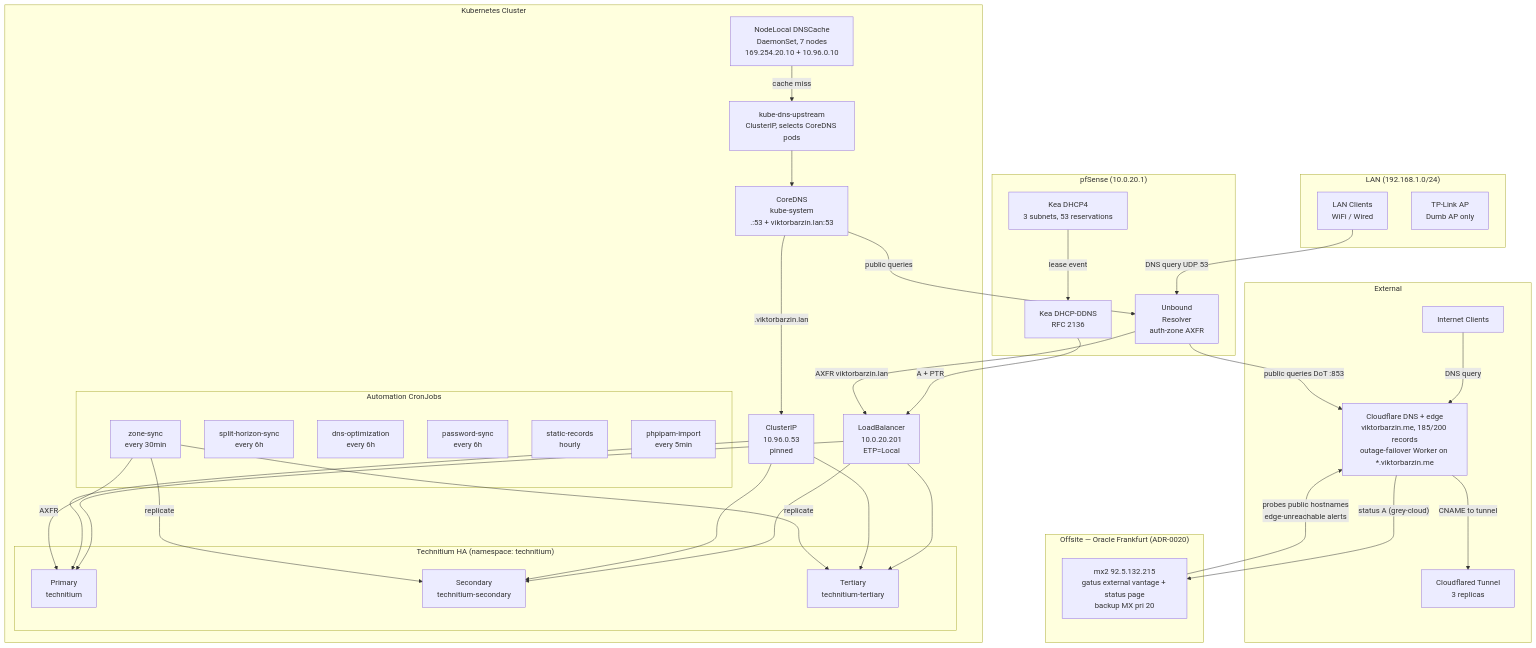
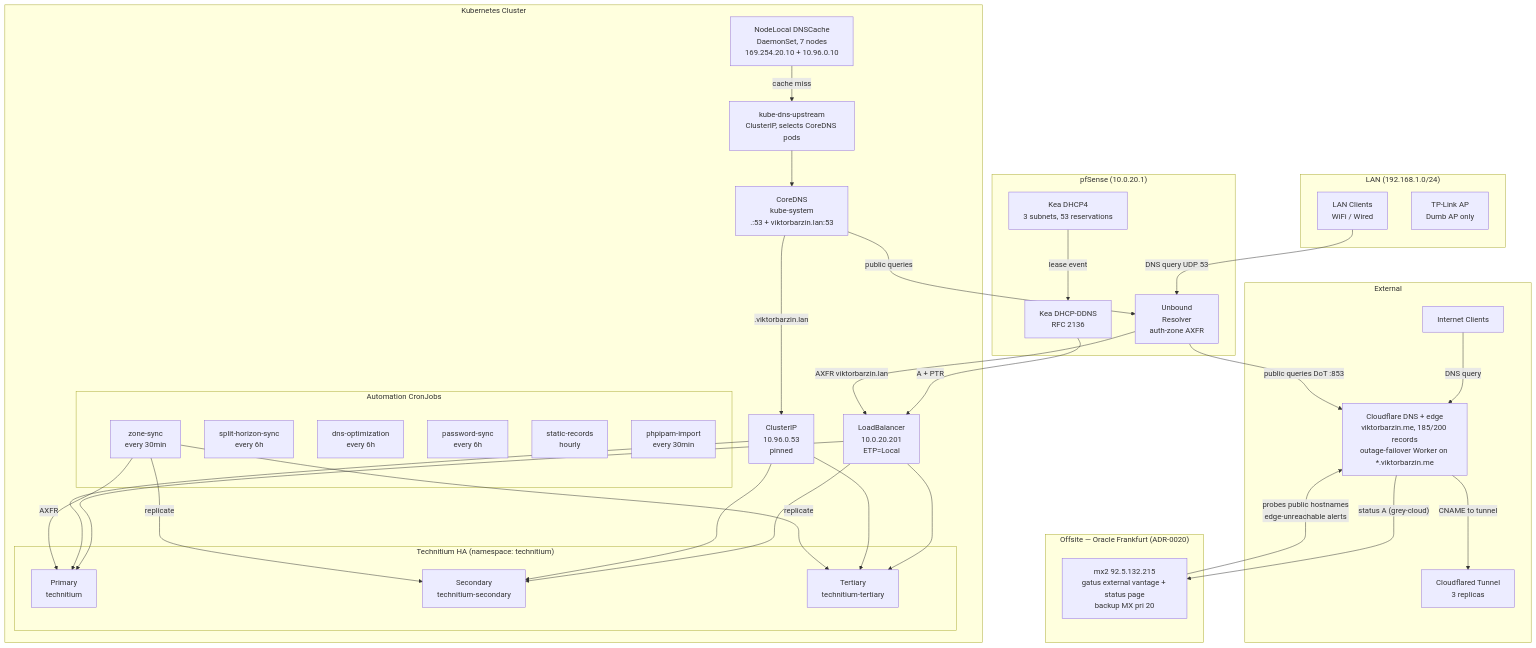
One commit to ViktorBarzin/infra changed the first of 2 diagrams in docs/architecture/dns.md. Above: the diagram before and after it, drawn with Mermaid. The commit also changed other lines of this file and 13 other files, not shown here.

First line of the commit message:
cronjobs: run the frequent ones on job-runtime, phpipam-import every 30 min

````diff
--- a/docs/architecture/dns.md
+++ b/docs/architecture/dns.md
@@ -13,74 +13,74 @@
 ```mermaid
 graph TB
     subgraph "External"
         Internet[Internet Clients]
         CF[Cloudflare DNS + edge<br/>viktorbarzin.me, 185/200 records<br/>outage-failover Worker on *.viktorbarzin.me]
         CFTunnel[Cloudflared Tunnel<br/>3 replicas]
     end
 
     subgraph "Offsite — Oracle Frankfurt (ADR-0020)"
         MX2[mx2 92.5.132.215<br/>gatus external vantage + status page<br/>backup MX pri 20]
     end
 
     subgraph "LAN (192.168.1.0/24)"
         LAN[LAN Clients<br/>WiFi / Wired]
         TPLINK[TP-Link AP<br/>Dumb AP only]
     end
 
     subgraph "pfSense (10.0.20.1)"
         pf_unbound[Unbound<br/>Resolver<br/>auth-zone AXFR]
         pf_kea[Kea DHCP4<br/>3 subnets, 53 reservations]
         pf_ddns[Kea DHCP-DDNS<br/>RFC 2136]
     end
 
     subgraph "Kubernetes Cluster"
         NodeLocalDNS[NodeLocal DNSCache<br/>DaemonSet, 7 nodes<br/>169.254.20.10 + 10.96.0.10]
         CoreDNS[CoreDNS<br/>kube-system<br/>.:53 + viktorbarzin.lan:53]
         KubeDNSUpstream[kube-dns-upstream<br/>ClusterIP, selects CoreDNS pods]
 
         subgraph "Technitium HA (namespace: technitium)"
             Primary[Primary<br/>technitium]
             Secondary[Secondary<br/>technitium-secondary]
             Tertiary[Tertiary<br/>technitium-tertiary]
         end
 
         LB_DNS[LoadBalancer<br/>10.0.20.201<br/>ETP=Local]
         ClusterIP[ClusterIP<br/>10.96.0.53<br/>pinned]
 
         subgraph "Automation CronJobs"
             ZoneSync[zone-sync<br/>every 30min]
             SplitHorizon[split-horizon-sync<br/>every 6h]
             DNSOpt[dns-optimization<br/>every 6h]
             PassSync[password-sync<br/>every 6h]
             StaticRec[static-records<br/>hourly]
-            Import[phpipam-import<br/>every 5min]
+            Import[phpipam-import<br/>every 30min]
         end
     end
 
     Internet -->|DNS query| CF
     CF -->|CNAME to tunnel| CFTunnel
     CF -->|"status A (grey-cloud)"| MX2
     MX2 -->|probes public hostnames<br/>edge-unreachable alerts| CF
     LAN -->|DNS query UDP 53| pf_unbound
     pf_kea -->|lease event| pf_ddns
     pf_ddns -->|A + PTR| LB_DNS
 
     pf_unbound -->|AXFR viktorbarzin.lan| LB_DNS
     pf_unbound -->|public queries DoT :853| CF
 
     NodeLocalDNS -->|cache miss| KubeDNSUpstream
     KubeDNSUpstream --> CoreDNS
     CoreDNS -->|.viktorbarzin.lan| ClusterIP
     CoreDNS -->|public queries| pf_unbound
 
     LB_DNS --> Primary
     LB_DNS --> Secondary
     LB_DNS --> Tertiary
     ClusterIP --> Primary
     ClusterIP --> Secondary
     ClusterIP --> Tertiary
 
     ZoneSync -->|AXFR| Primary
     ZoneSync -->|replicate| Secondary
     ZoneSync -->|replicate| Tertiary
 ```
````
